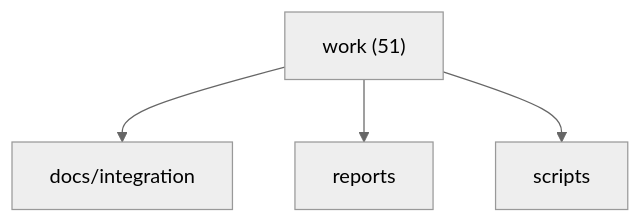
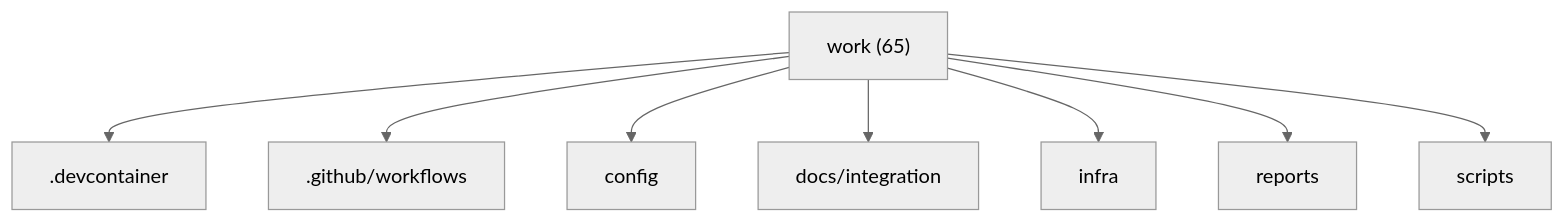
The first of 3 diagrams in status-site/wiki-export/Branch-Graphs.md (M0nado/helios-platform), drawn with Mermaid (neutral theme) before and after one commit. The commit also changed other lines of this file and 24 other files, not shown here.

````diff
--- a/status-site/wiki-export/Branch-Graphs.md
+++ b/status-site/wiki-export/Branch-Graphs.md
@@ -5,7 +5,11 @@
 ```mermaid
 graph TD
-  work["work (51)"]
+  work["work (65)"]
+  work --> _devcontainer[".devcontainer"]
+  work --> _github_workflows[".github/workflows"]
+  work --> config["config"]
   work --> docs_integration["docs/integration"]
+  work --> infra["infra"]
   work --> reports["reports"]
   work --> scripts["scripts"]
 ```
````
